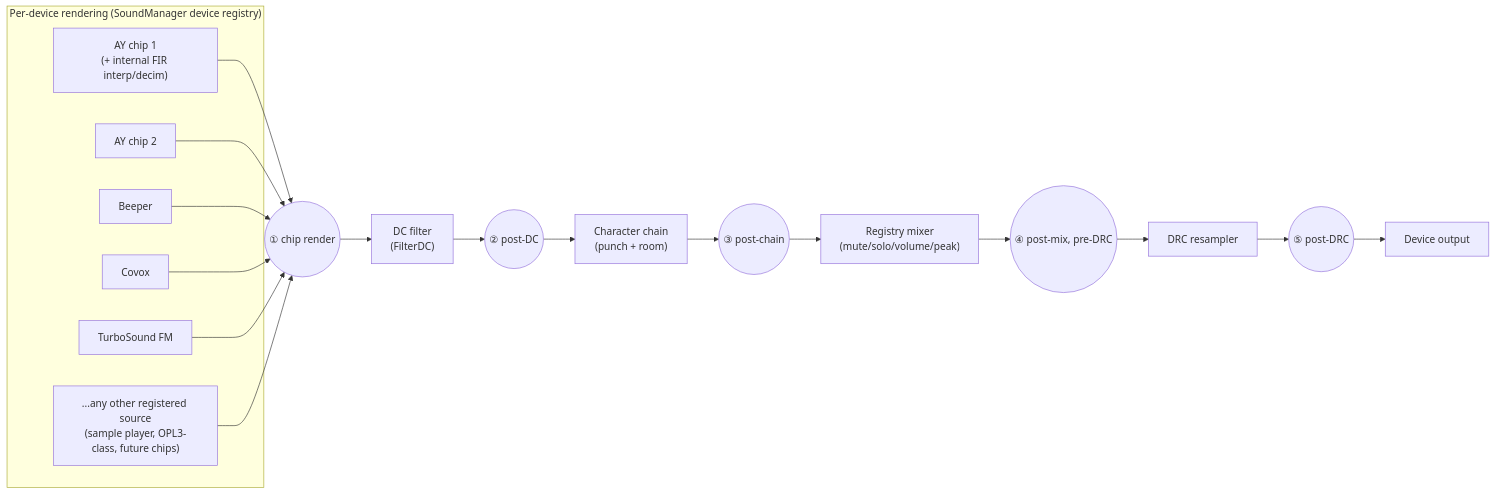
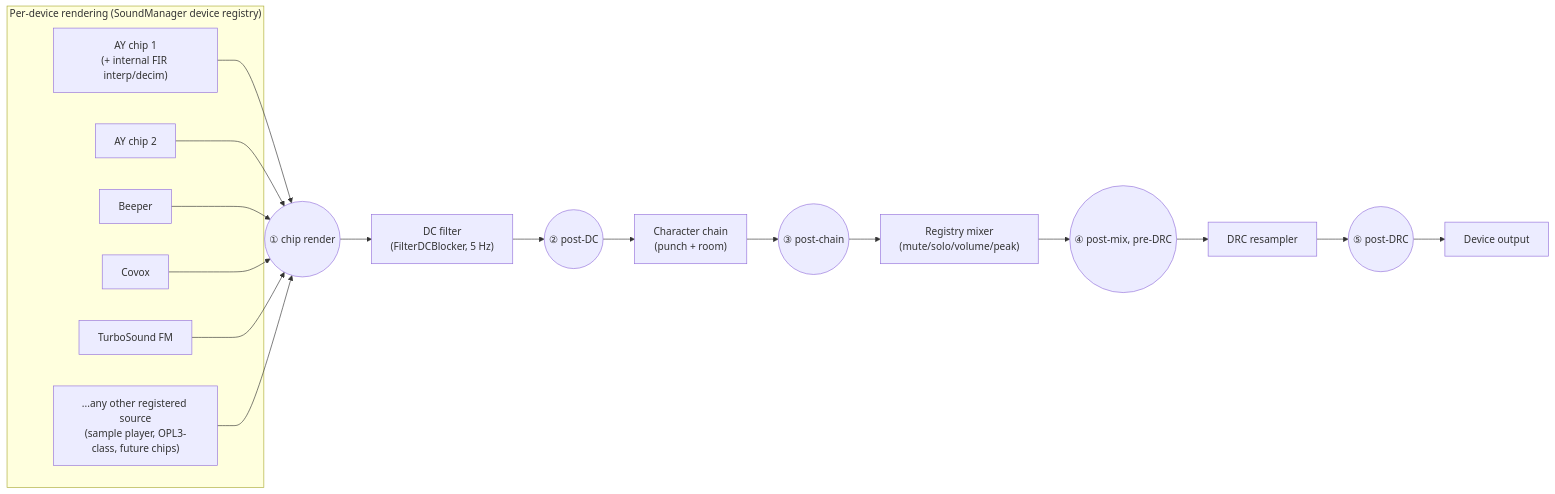
The first of 5 diagrams in docs/inprogress/2026-09-16-sound-oscilloscope/architecture.md (alfishe/unreal-ng), drawn with Mermaid before and after one commit. The commit also changed 6 other files, not shown here.

````diff
--- a/docs/inprogress/2026-09-16-sound-oscilloscope/architecture.md
+++ b/docs/inprogress/2026-09-16-sound-oscilloscope/architecture.md
@@ -122,29 +122,29 @@
 ```mermaid
 flowchart LR
     subgraph Chips["Per-device rendering (SoundManager device registry)"]
         AY1["AY chip 1<br/>(+ internal FIR interp/decim)"]
         AY2["AY chip 2"]
         BEEP["Beeper"]
         COVOX["Covox"]
         FM["TurboSound FM"]
         OTHER["...any other registered source<br/>(sample player, OPL3-class, future chips)"]
     end
     T1(("① chip render"))
-    DC["DC filter<br/>(FilterDC)"]
+    DC["DC filter<br/>(FilterDCBlocker, 5 Hz)"]
     T2(("② post-DC"))
     CHAIN["Character chain<br/>(punch + room)"]
     T3(("③ post-chain"))
     MIX["Registry mixer<br/>(mute/solo/volume/peak)"]
     T4(("④ post-mix, pre-DRC"))
     DRC["DRC resampler"]
     T5(("⑤ post-DRC"))
     OUT["Device output"]
 
     AY1 --> T1
     AY2 --> T1
     BEEP --> T1
     COVOX --> T1
     FM --> T1
     OTHER --> T1
     T1 --> DC --> T2 --> CHAIN --> T3 --> MIX --> T4 --> DRC --> T5 --> OUT
 ```
````
